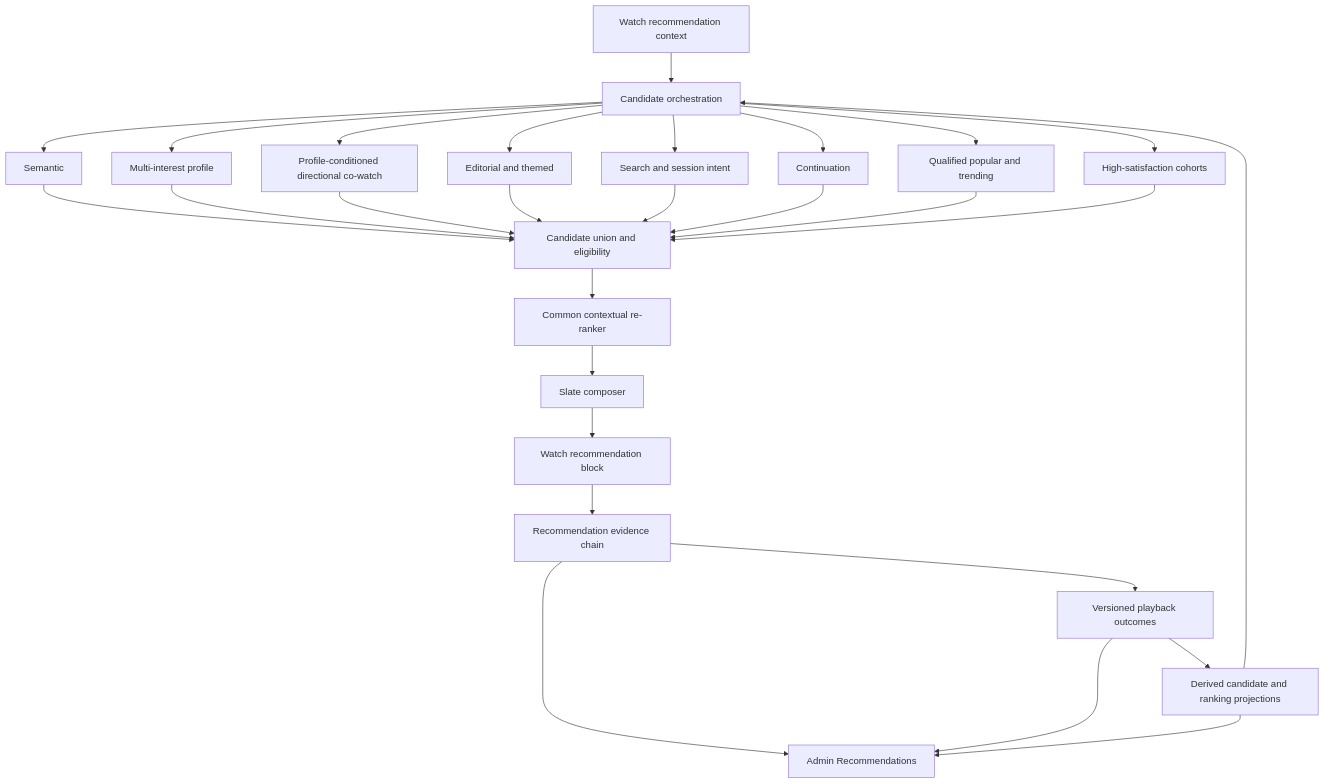
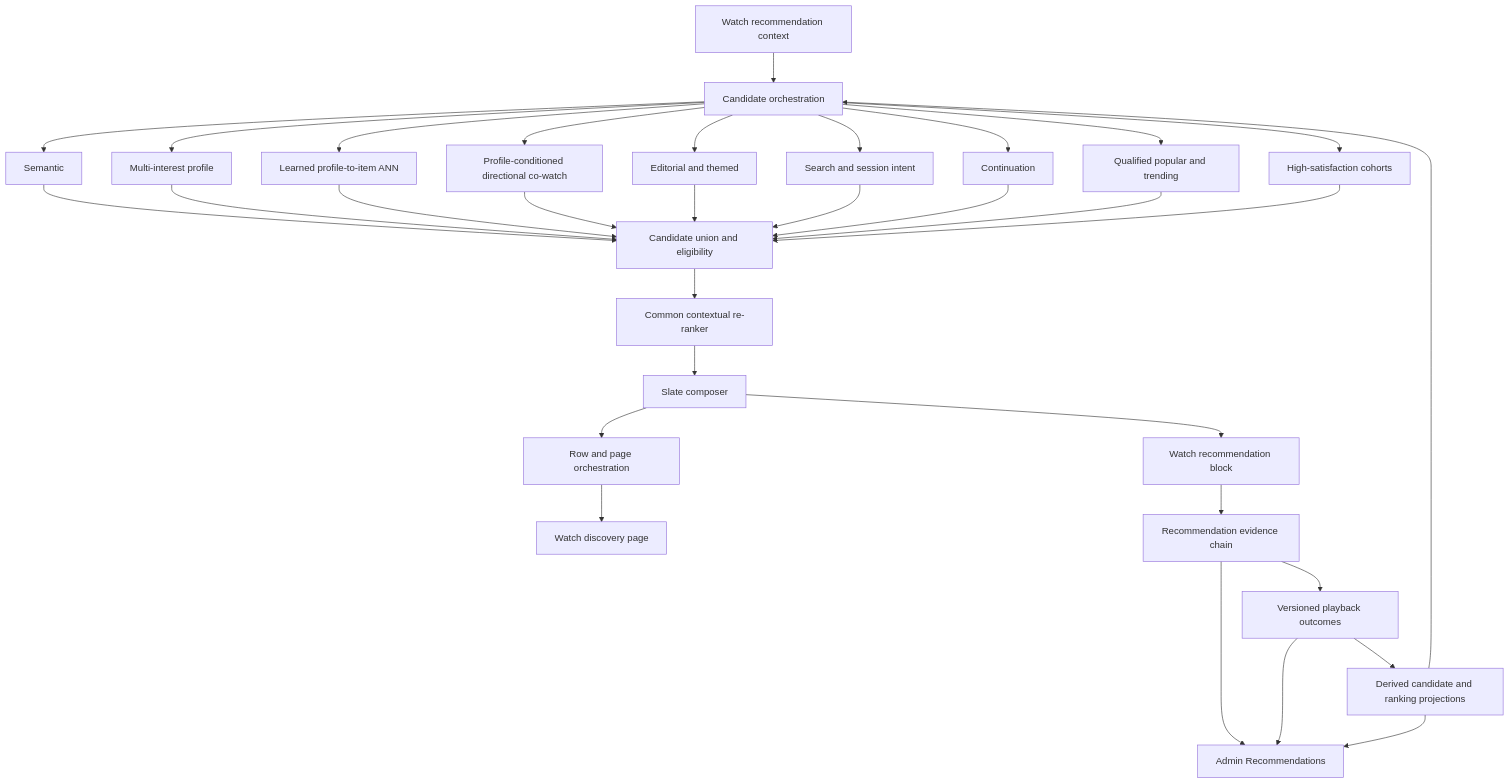
Before and after one commit to JesusFilm/forge: the first of 2 diagrams in docs/plans/2026-08-18-2219-feat-watch-recommendation-learning-system-plan.md, drawn with Mermaid. The commit also changed other lines of this file and 21 other files, not shown here.

Commit message:
docs(recommendations): define learned personalization roadmap

````diff
--- a/docs/plans/2026-08-18-2219-feat-watch-recommendation-learning-system-plan.md
+++ b/docs/plans/2026-08-18-2219-feat-watch-recommendation-learning-system-plan.md
@@ -62,30 +64,34 @@
 ```mermaid
 flowchart TB
   W["Watch recommendation context"] --> O["Candidate orchestration"]
   O --> S["Semantic"]
   O --> P["Multi-interest profile"]
+  O --> X["Learned profile-to-item ANN"]
   O --> C["Profile-conditioned directional co-watch"]
   O --> E["Editorial and themed"]
   O --> I["Search and session intent"]
   O --> N["Continuation"]
   O --> T["Qualified popular and trending"]
   O --> H["High-satisfaction cohorts"]
   S --> U["Candidate union and eligibility"]
   P --> U
+  X --> U
   C --> U
   E --> U
   I --> U
   N --> U
   T --> U
   H --> U
   U --> R["Common contextual re-ranker"]
   R --> L["Slate composer"]
   L --> V["Watch recommendation block"]
+  L --> G["Row and page orchestration"]
+  G --> HP["Watch discovery page"]
   V --> F["Recommendation evidence chain"]
   F --> Q["Versioned playback outcomes"]
   Q --> D["Derived candidate and ranking projections"]
   D --> O
   F --> A["Admin Recommendations"]
   Q --> A
   D --> A
 ```
````
